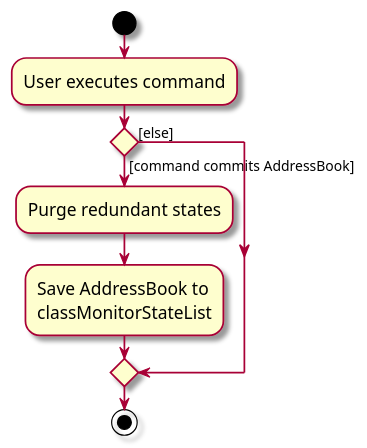
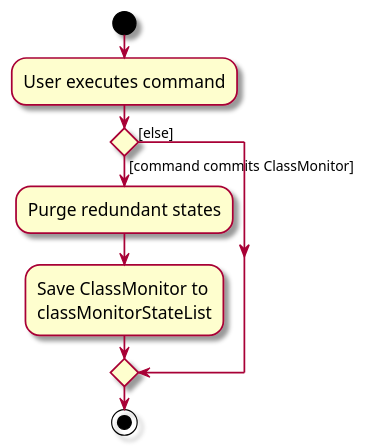
Before and after one commit to c-wenlong/tp: the diagram in docs/diagrams/CommitActivityDiagram.puml, drawn with PlantUML. The commit also changed 24 other files, not shown here.

```diff
--- a/docs/diagrams/CommitActivityDiagram.puml
+++ b/docs/diagrams/CommitActivityDiagram.puml
@@ -1,18 +1,18 @@
 @startuml
 skin rose
 skinparam ActivityFontSize 15
 skinparam ArrowFontSize 12
 start
 :User executes command;
 
 'Since the beta syntax does not support placing the condition outside the
 'diamond we place it as the true branch instead.
 
-if () then ([command commits AddressBook])
+if () then ([command commits ClassMonitor])
     :Purge redundant states;
-    :Save AddressBook to
+    :Save ClassMonitor to
     classMonitorStateList;
 else ([else])
 endif
 stop
 @enduml
```
